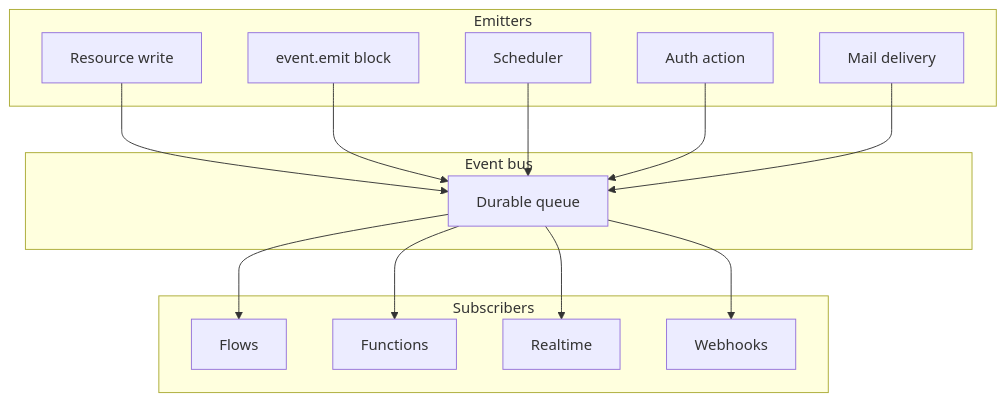
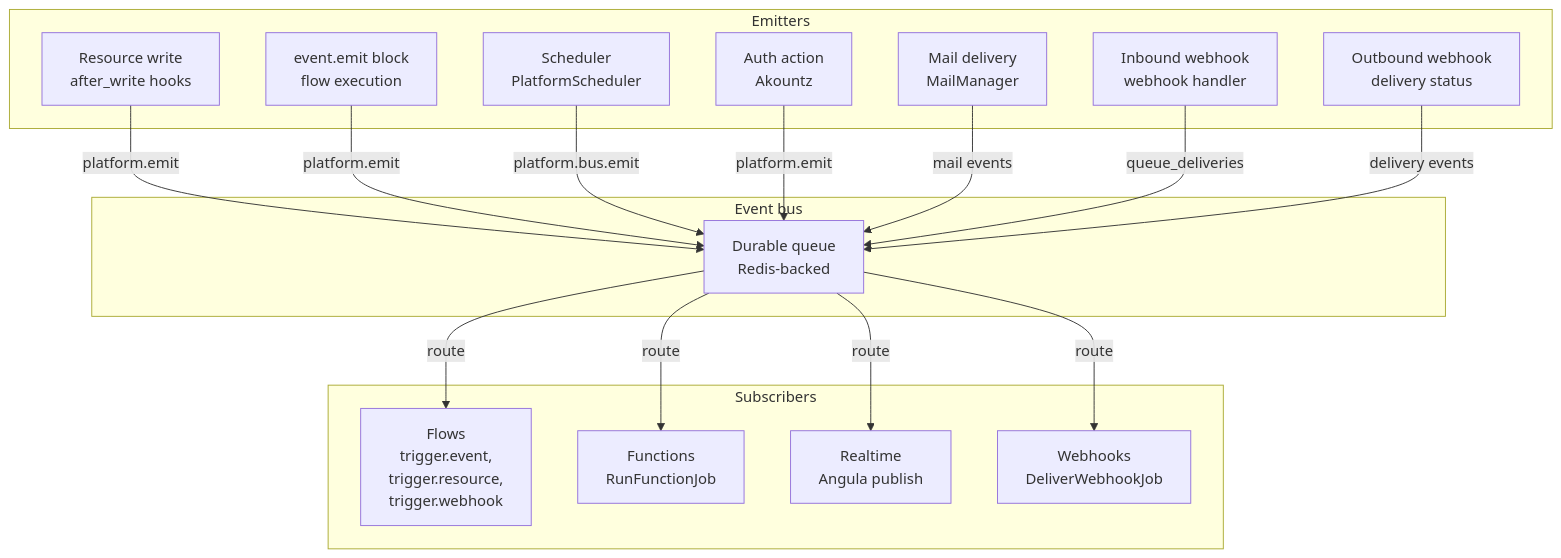
The third of 18 diagrams in apps/docs/events/overview.mdx (sillohq/pawabase), drawn with Mermaid before and after one commit. The commit also changed other lines of this file and 90 other files, not shown here.

````diff
--- a/apps/docs/events/overview.mdx
+++ b/apps/docs/events/overview.mdx
@@ -52,28 +95,32 @@
 ```mermaid
 flowchart TB
-  subgraph "Emitters"
-    A["Resource write"]
-    B["event.emit block"]
-    C["Scheduler"]
-    D["Auth action"]
-    E["Mail delivery"]
-  end
-  subgraph "Event bus"
-    F["Durable queue"]
-  end
-  subgraph "Subscribers"
-    G["Flows"]
-    H["Functions"]
-    I["Realtime"]
-    J["Webhooks"]
-  end
-  A --> F
-  B --> F
-  C --> F
-  D --> F
-  E --> F
-  F --> G
-  F --> H
-  F --> I
-  F --> J
+    subgraph "Emitters"
+        A["Resource write<br/>after_write hooks"]
+        B["event.emit block<br/>flow execution"]
+        C["Scheduler<br/>PlatformScheduler"]
+        D["Auth action<br/>Akountz"]
+        E["Mail delivery<br/>MailManager"]
+        F["Inbound webhook<br/>webhook handler"]
+        G["Outbound webhook<br/>delivery status"]
+    end
+    subgraph "Event bus"
+        H["Durable queue<br/>Redis-backed"]
+    end
+    subgraph "Subscribers"
+        I["Flows<br/>trigger.event,<br/>trigger.resource,<br/>trigger.webhook"]
+        J["Functions<br/>RunFunctionJob"]
+        K["Realtime<br/>Angula publish"]
+        L["Webhooks<br/>DeliverWebhookJob"]
+    end
+    A -->|platform.emit| H
+    B -->|platform.emit| H
+    C -->|platform.bus.emit| H
+    D -->|platform.emit| H
+    E -->|mail events| H
+    F -->|queue_deliveries| H
+    G -->|delivery events| H
+    H -->|route| I
+    H -->|route| J
+    H -->|route| K
+    H -->|route| L
 ```
````
